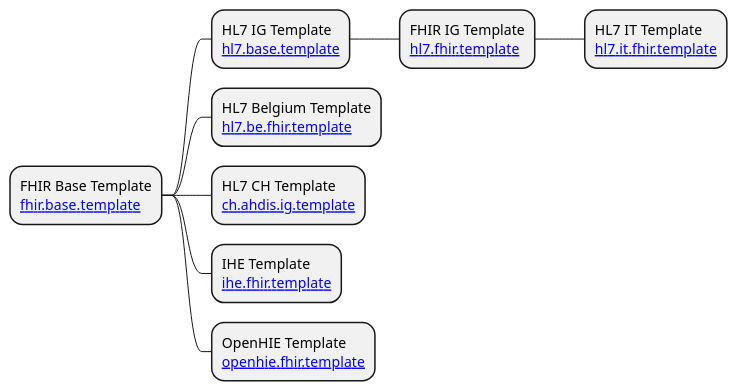
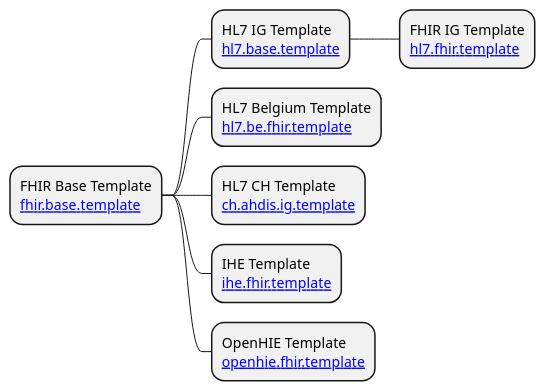
One commit to costateixeira/ig_templates changed the diagram in templates.pu. Above: the diagram before and after it, drawn with PlantUML.

```diff
--- a/templates.pu
+++ b/templates.pu
@@ -1,11 +1,11 @@
 @startmindmap
 * FHIR Base Template\n[[https://github.com/HL7/ig-template-base{https://github.com/HL7/ig-template-base} fhir.base.template]]
 ** HL7 IG Template\n[[https://github.com/HL7/ig-template-hl7{https://github.com/HL7/ig-template-hl7} hl7.base.template]]
 *** FHIR IG Template\n[[https://github.com/HL7/ig-template-fhir{https://github.com/HL7/ig-template-fhir} hl7.fhir.template]]
-**** HL7 IT Template\n[[https://github.com/HL7/ig-template-fhir{} hl7.it.fhir.template]]
+'**** HL7 IT Template\n[[https://github.com/HL7/ig-template-fhir{} hl7.it.fhir.template]]
 '** FHIR Affiliate IG Template\n[[hl7.affiliates.fhir.template]]
 ** HL7 Belgium Template\n[[https://github.com/hl7-be/hl7.be.fhir.template{https://github.com/hl7-be/hl7.be.fhir.template} hl7.be.fhir.template]]
 ** HL7 CH Template\n[[https://github.com/ahdis/ig-template{https://github.com/ahdis/ig-template} ch.ahdis.ig.template]]
 ** IHE Template\n[[https://github.com/IHE/ihe-ig-template{https://github.com/IHE/ihe-ig-template} ihe.fhir.template]]
 ** OpenHIE Template\n[[https://github.com/openhie/openhie-ig-template{https://github.com/openhie/openhie-ig-template} openhie.fhir.template]]
 @endmindmap 
```
